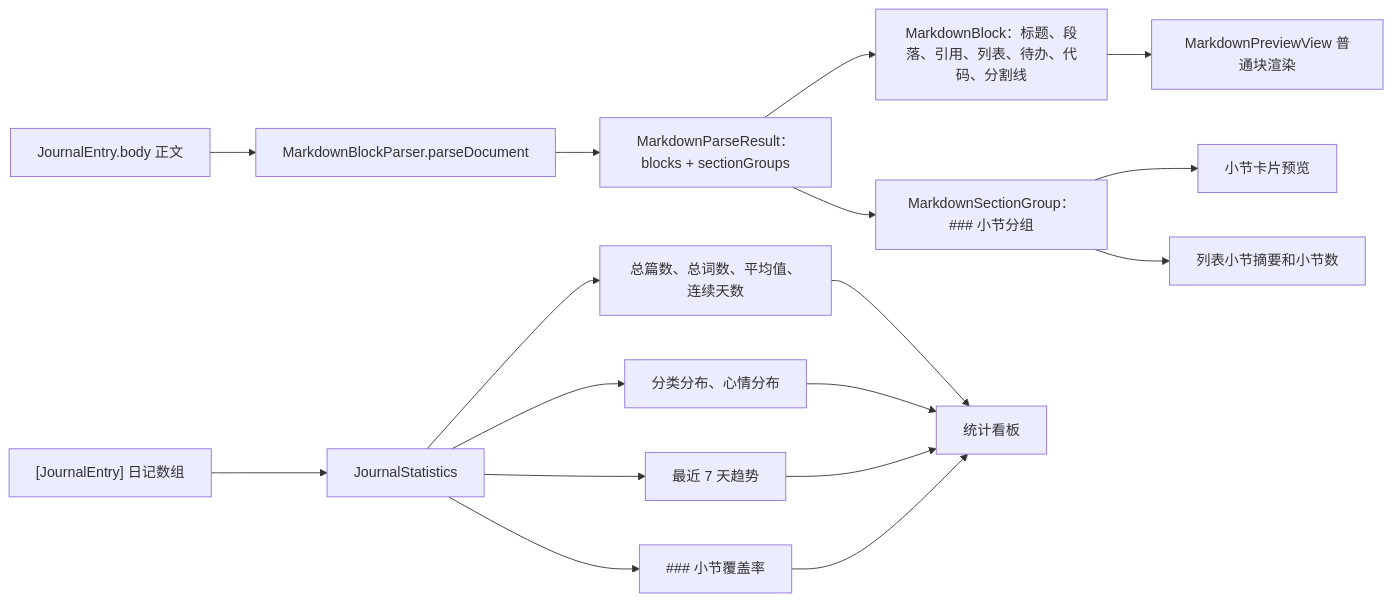
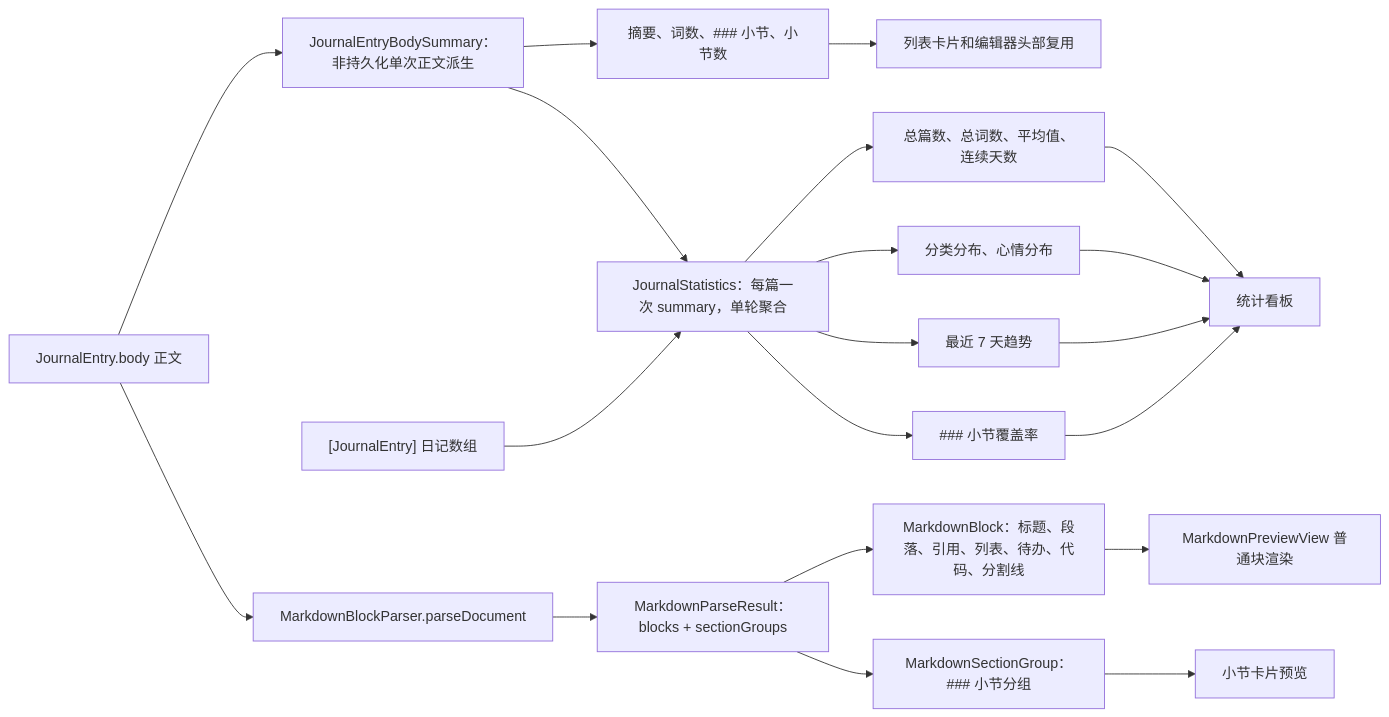
Before and after one commit to Altman-sam114/117: the third of 5 diagrams in md/flow/flowchart.md, drawn with Mermaid. The commit also changed other lines of this file and 14 other files, not shown here.

````diff
--- a/md/flow/flowchart.md
+++ b/md/flow/flowchart.md
@@ -71,19 +74,22 @@
 ```mermaid
 flowchart LR
-  Body["JournalEntry.body 正文"] --> Parse["MarkdownBlockParser.parseDocument"]
+  Body["JournalEntry.body 正文"] --> Summary["JournalEntryBodySummary：非持久化单次正文派生"]
+  Summary --> Excerpt["摘要、词数、### 小节、小节数"]
+  Excerpt --> RowEditor["列表卡片和编辑器头部复用"]
+  Summary --> Statistics["JournalStatistics：每篇一次 summary，单轮聚合"]
+  Body --> Parse["MarkdownBlockParser.parseDocument"]
   Parse --> Result["MarkdownParseResult：blocks + sectionGroups"]
   Result --> Blocks["MarkdownBlock：标题、段落、引用、列表、待办、代码、分割线"]
   Blocks --> Preview["MarkdownPreviewView 普通块渲染"]
   Result --> Sections["MarkdownSectionGroup：### 小节分组"]
   Sections --> SectionPreview["小节卡片预览"]
-  Sections --> SectionSummary["列表小节摘要和小节数"]
-  Entries["[JournalEntry] 日记数组"] --> Statistics["JournalStatistics"]
+  Entries["[JournalEntry] 日记数组"] --> Statistics
   Statistics --> Metrics["总篇数、总词数、平均值、连续天数"]
   Statistics --> Distributions["分类分布、心情分布"]
   Statistics --> Trend["最近 7 天趋势"]
   Statistics --> Coverage["### 小节覆盖率"]
   Metrics --> Dashboard["统计看板"]
   Distributions --> Dashboard
   Trend --> Dashboard
   Coverage --> Dashboard
 ```
````
